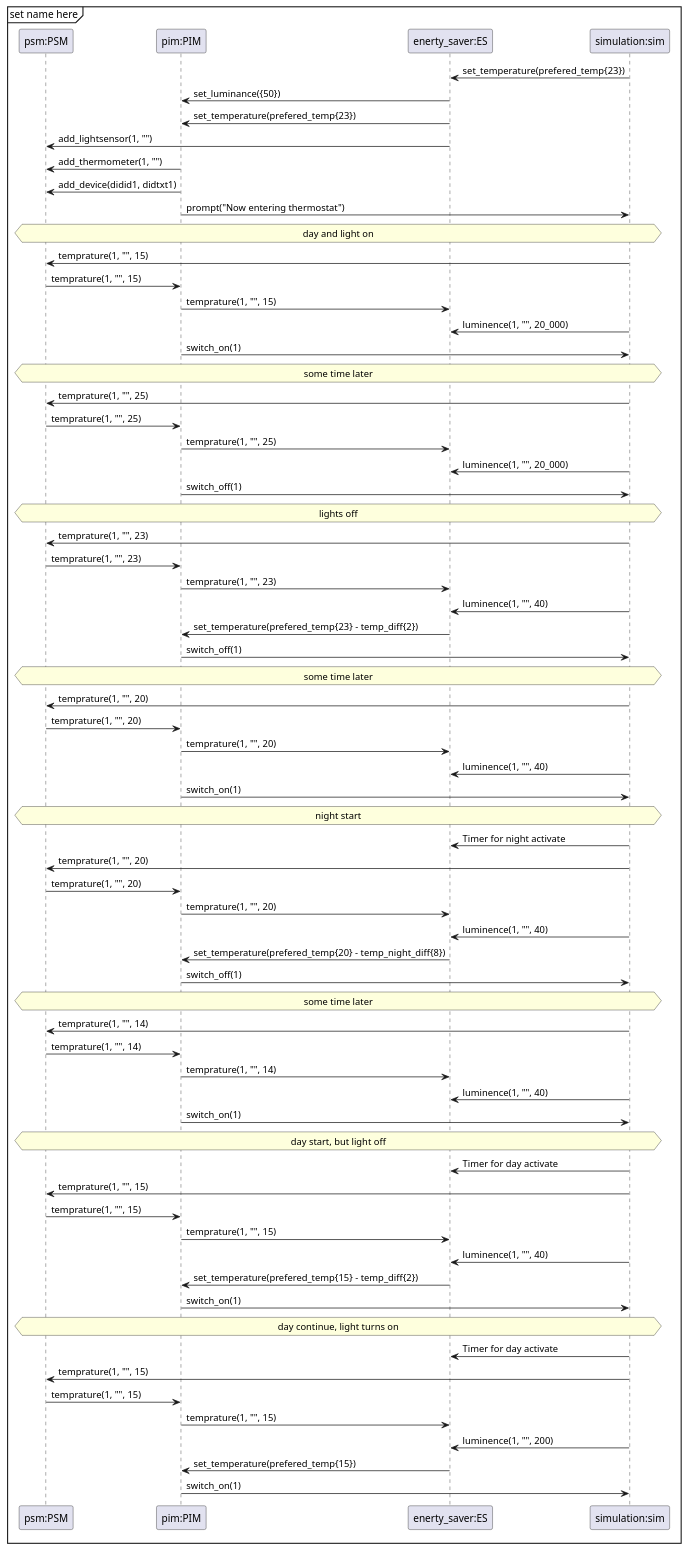
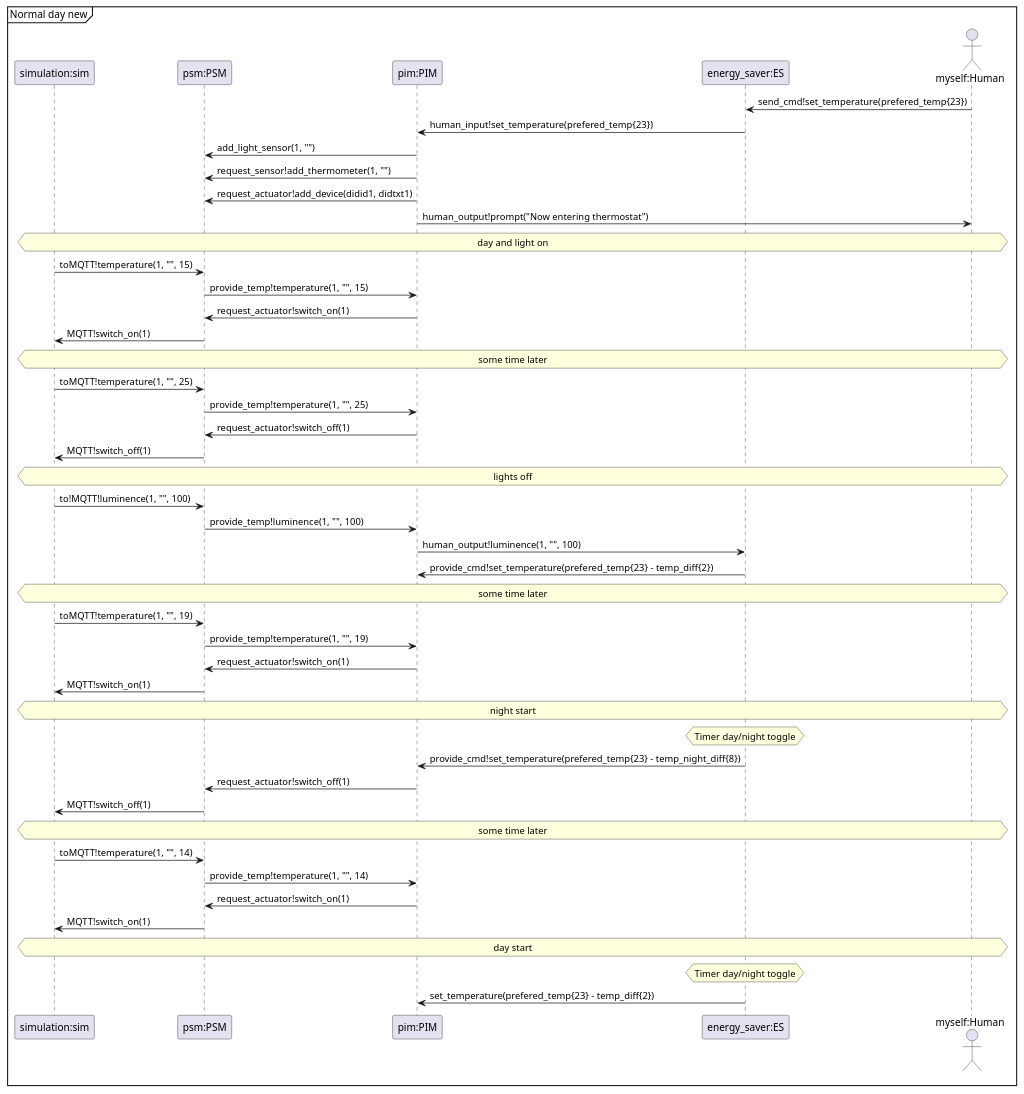
One commit to Tobhal/HIOF-Models-and-Digital-Twins changed the diagram in Oblig1/TheRoomX3D2.MQTT.sim/Diagrams/sequence diagram normal day.plantuml. Above: the diagram before and after it, drawn with PlantUML. The commit also changed 13 other files, not shown here.

First line of the commit message:
Changed diagrams to the ones used

```diff
--- a/Oblig1/TheRoomX3D2.MQTT.sim/Diagrams/sequence diagram normal day.plantuml
+++ b/Oblig1/TheRoomX3D2.MQTT.sim/Diagrams/sequence diagram normal day.plantuml
@@ -1,112 +1,75 @@
 @startuml sequense diagram
-mainframe set name here
+mainframe Normal day new
 
-
+participant "simulation:sim" as sim
 participant "psm:PSM" as psm
 participant "pim:PIM" as pim
-participant "enerty_saver:ES" as es
-participant "simulation:sim" as sim
-
+participant "energy_saver:ES" as es
+actor "myself:Human" as human
 
 'Set preferred temp
-es <- sim: set_temperature(prefered_temp{23})
-es -> pim: set_luminance({50})
-pim <- es: set_temperature(prefered_temp{23})
+es <- human: send_cmd!set_temperature(prefered_temp{23})
+pim <- es: human_input!set_temperature(prefered_temp{23})
 
-psm <- es: add_lightsensor(1, "")
+psm <- pim: add_light_sensor(1, "")
 
-psm <- pim: add_thermometer(1, "")
-psm <- pim: add_device(didid1, didtxt1)
+psm <- pim: request_sensor!add_thermometer(1, "")
+psm <- pim: request_actuator!add_device(didid1, didtxt1)
 
-pim -> sim: prompt("Now entering thermostat")
+pim -> human: human_output!prompt("Now entering thermostat")
 
 hnote across: day and light on
 'setup compleat
 
-sim -> psm: temprature(1, "", 15)
-psm -> pim: temprature(1, "", 15)
-pim -> es: temprature(1, "", 15)
+sim -> psm: toMQTT!temperature(1, "", 15)
+psm -> pim: provide_temp!temperature(1, "", 15)
 
-sim -> es: luminence(1, "", 20_000)
-sim <- pim: switch_on(1)
+psm <- pim: request_actuator!switch_on(1)
+sim <- psm: MQTT!switch_on(1)
 
 hnote across: some time later
 
-sim -> psm: temprature(1, "", 25)
-psm -> pim: temprature(1, "", 25)
-pim -> es: temprature(1, "", 25)
+sim -> psm: toMQTT!temperature(1, "", 25)
+psm -> pim: provide_temp!temperature(1, "", 25)
 
-sim -> es: luminence(1, "", 20_000)
-sim <- pim: switch_off(1)
+psm <- pim: request_actuator!switch_off(1)
+sim <- psm: MQTT!switch_off(1)
 
 hnote across: lights off
 
-sim -> psm: temprature(1, "", 23)
-psm -> pim: temprature(1, "", 23)
-pim -> es: temprature(1, "", 23)
+sim -> psm: to!MQTT!luminence(1, "", 100)
+psm -> pim: provide_temp!luminence(1, "", 100)
+pim -> es: human_output!luminence(1, "", 100)
 
-sim -> es: luminence(1, "", 40)
+pim <- es: provide_cmd!set_temperature(prefered_temp{23} - temp_diff{2})
+
+hnote across: some time later
+
+sim -> psm: toMQTT!temperature(1, "", 19)
+psm -> pim: provide_temp!temperature(1, "", 19)
+
+psm <- pim: request_actuator!switch_on(1)
+sim <- psm: MQTT!switch_on(1)
+
+hnote across: night start
+hnote over es: Timer day/night toggle
+
+pim <- es: provide_cmd!set_temperature(prefered_temp{23} - temp_night_diff{8})
+
+psm <- pim: request_actuator!switch_off(1)
+sim <- psm: MQTT!switch_off(1)
+
+hnote across: some time later
+
+sim -> psm: toMQTT!temperature(1, "", 14)
+psm -> pim: provide_temp!temperature(1, "", 14)
+
+psm <- pim: request_actuator!switch_on(1)
+sim <- psm: MQTT!switch_on(1)
+
+hnote across: day start
+hnote over es: Timer day/night toggle
 
 pim <- es: set_temperature(prefered_temp{23} - temp_diff{2})
 
-sim <- pim: switch_off(1)
-
-hnote across: some time later
-
-sim -> psm: temprature(1, "", 20)
-psm -> pim: temprature(1, "", 20)
-pim -> es: temprature(1, "", 20)
-
-sim -> es: luminence(1, "", 40)
-sim <- pim: switch_on(1)
-
-hnote across: night start
-
-sim -> es: Timer for night activate
-sim -> psm: temprature(1, "", 20)
-psm -> pim: temprature(1, "", 20)
-pim -> es: temprature(1, "", 20)
-
-sim -> es: luminence(1, "", 40)
-
-pim <- es: set_temperature(prefered_temp{20} - temp_night_diff{8})
-sim <- pim: switch_off(1)
-
-hnote across: some time later
-
-sim -> psm: temprature(1, "", 14)
-psm -> pim: temprature(1, "", 14)
-pim -> es: temprature(1, "", 14)
-
-sim -> es: luminence(1, "", 40)
-
-sim <- pim: switch_on(1)
-
-hnote across: day start, but light off
-
-sim -> es: Timer for day activate
-
-sim -> psm: temprature(1, "", 15)
-psm -> pim: temprature(1, "", 15)
-pim -> es: temprature(1, "", 15)
-
-sim -> es: luminence(1, "", 40)
-
-pim <- es: set_temperature(prefered_temp{15} - temp_diff{2})
-sim <- pim: switch_on(1)
-
-hnote across: day continue, light turns on
-
-sim -> es: Timer for day activate
-
-sim -> psm: temprature(1, "", 15)
-psm -> pim: temprature(1, "", 15)
-pim -> es: temprature(1, "", 15)
-
-sim -> es: luminence(1, "", 200)
-
-pim <- es: set_temperature(prefered_temp{15})
-sim <- pim: switch_on(1)
-
-
 @enduml
```
